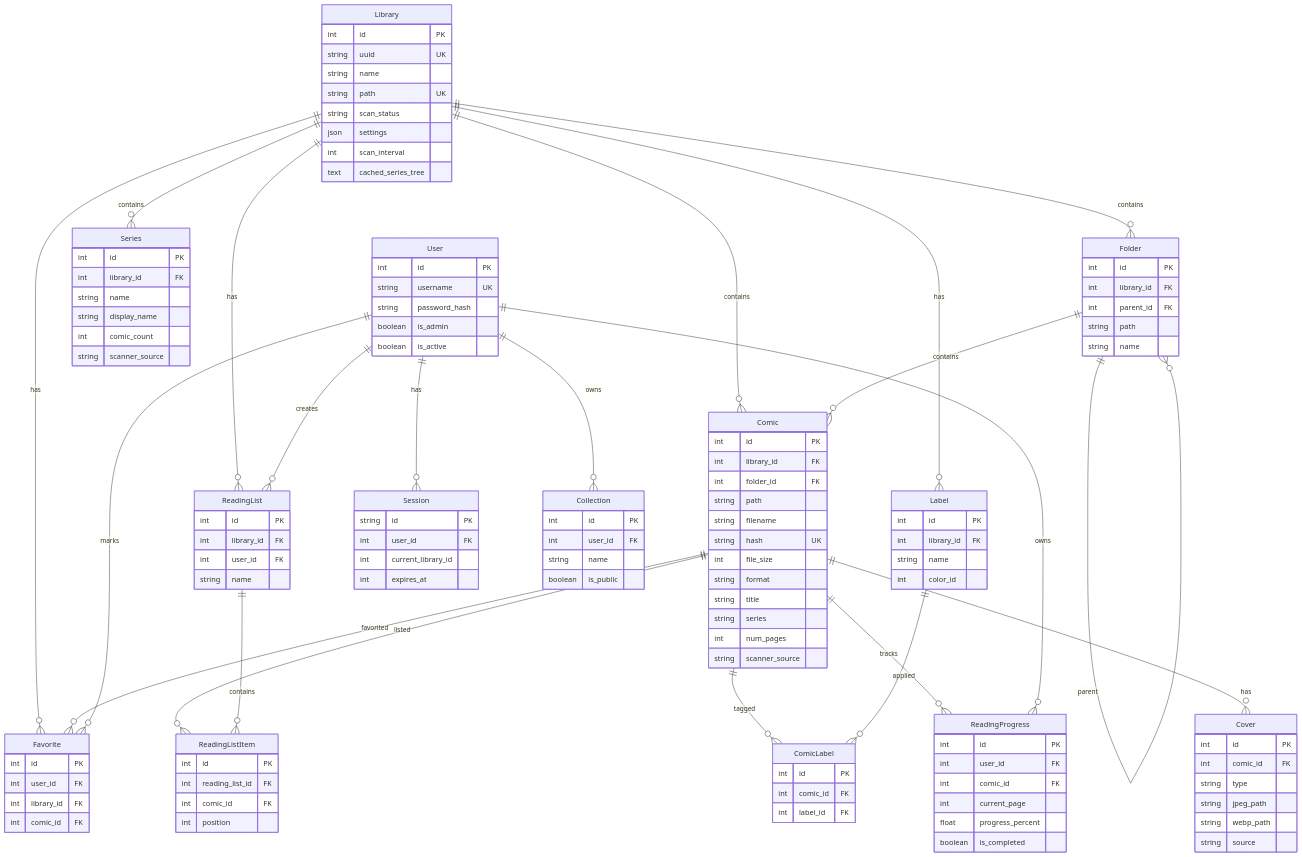
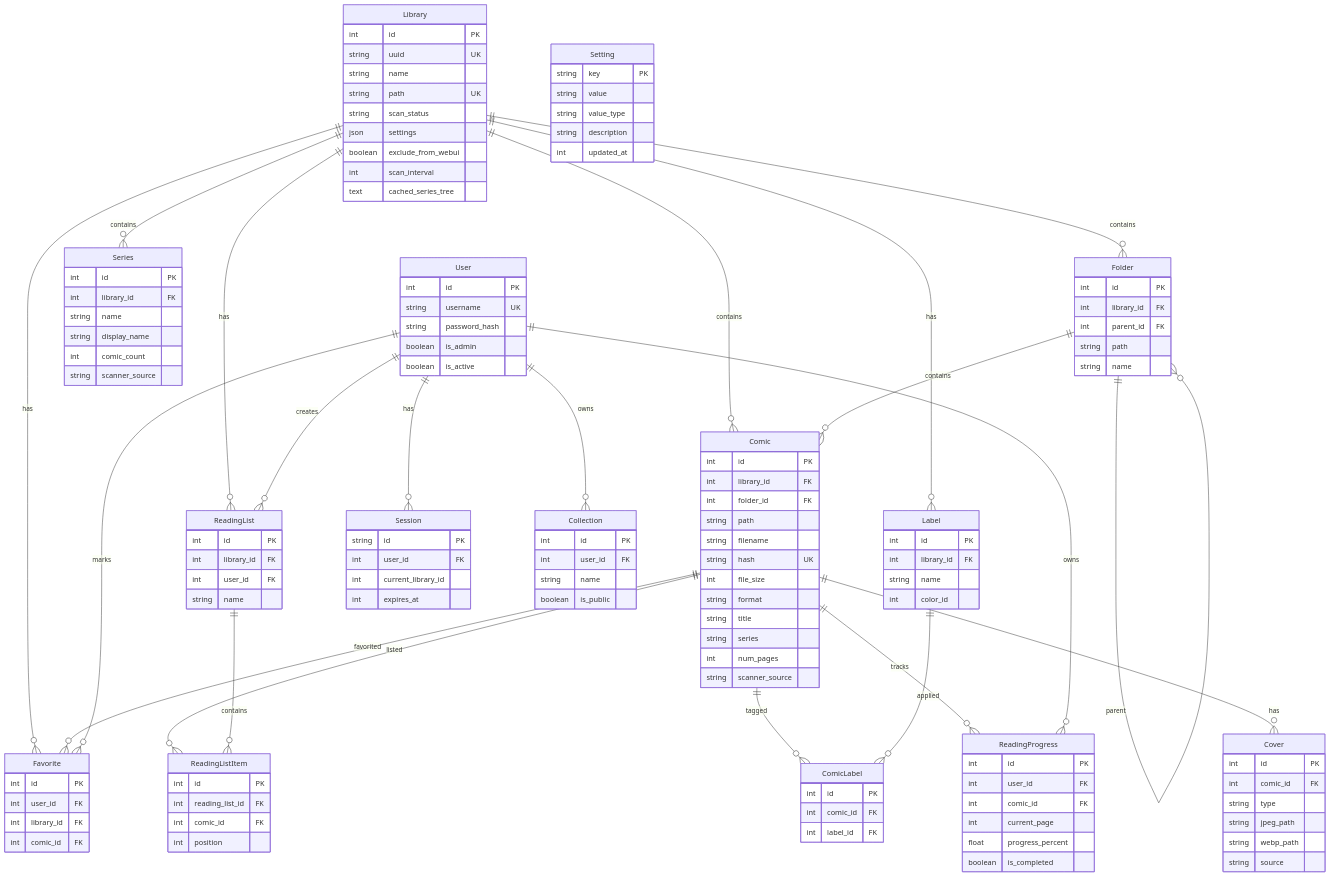
The diagram in docs/DATABASE.md (kooten111/Kottlib), drawn with Mermaid before and after one commit. The commit also changed other lines of this file and 11 other files, not shown here.

````diff
--- a/docs/DATABASE.md
+++ b/docs/DATABASE.md
@@ -527,6 +542,7 @@
         string path UK
         string scan_status
         json settings
+        boolean exclude_from_webui
         int scan_interval
         text cached_series_tree
     }
@@ -636,4 +652,12 @@
         int comic_id FK
         int position
     }
+
+    Setting {
+        string key PK
+        string value
+        string value_type
+        string description
+        int updated_at
+    }
 ```
````
